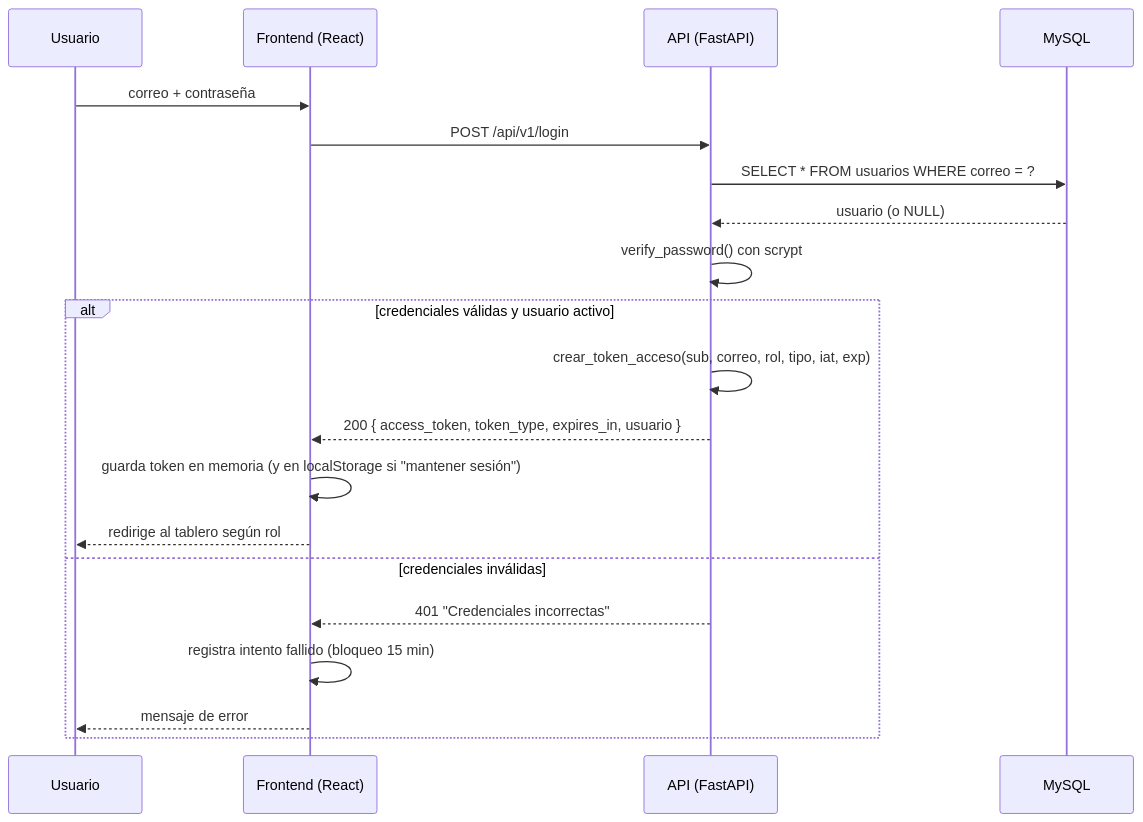
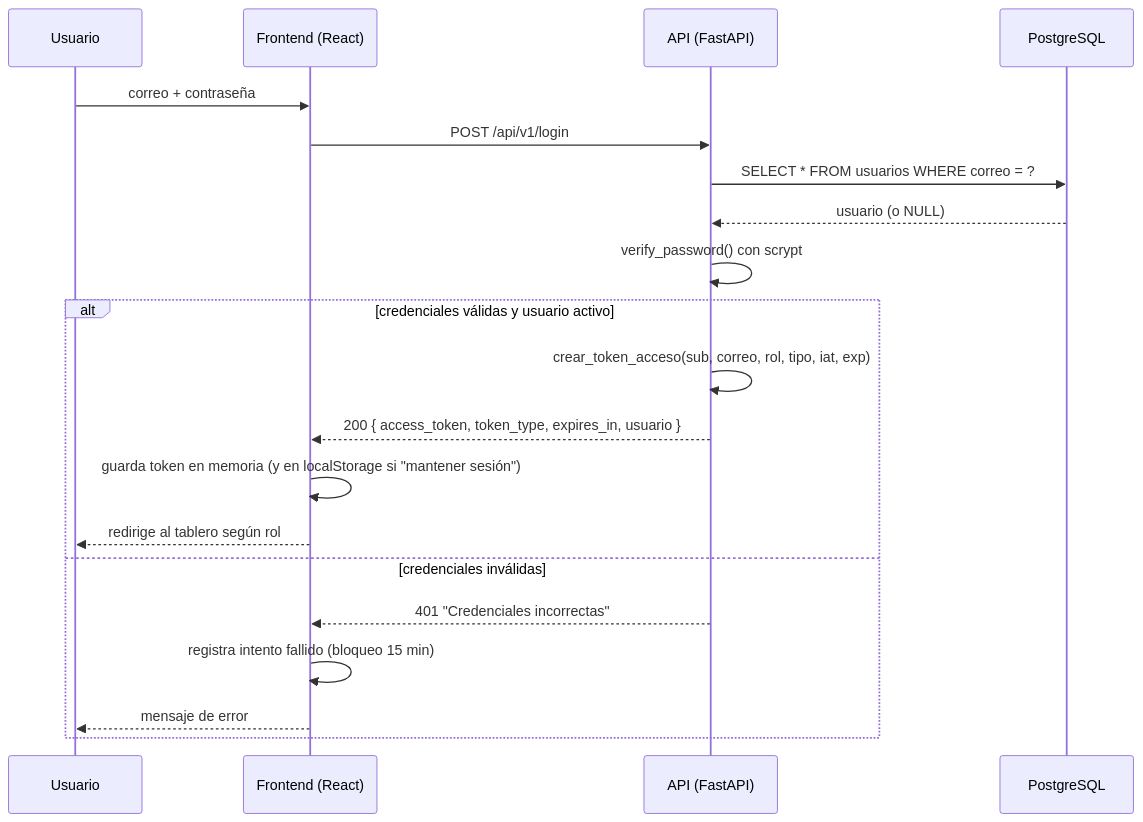
Before and after one commit to rocketquee/Tallermecanicoco: the second of 2 diagrams in documentacion-tecnica/reporte-practica.md, drawn with Mermaid. The commit also changed other lines of this file and 16 other files, not shown here.

````diff
--- a/documentacion-tecnica/reporte-practica.md
+++ b/documentacion-tecnica/reporte-practica.md
@@ -1207,23 +1224,23 @@
 ```mermaid
 sequenceDiagram
     participant U as Usuario
     participant F as Frontend (React)
     participant A as API (FastAPI)
-    participant D as MySQL
+    participant D as PostgreSQL
 
     U->>F: correo + contraseña
     F->>A: POST /api/v1/login
     A->>D: SELECT * FROM usuarios WHERE correo = ?
     D-->>A: usuario (o NULL)
     A->>A: verify_password() con scrypt
     alt credenciales válidas y usuario activo
         A->>A: crear_token_acceso(sub, correo, rol, tipo, iat, exp)
         A-->>F: 200 { access_token, token_type, expires_in, usuario }
         F->>F: guarda token en memoria (y en localStorage si "mantener sesión")
         F-->>U: redirige al tablero según rol
     else credenciales inválidas
         A-->>F: 401 "Credenciales incorrectas"
         F->>F: registra intento fallido (bloqueo 15 min)
         F-->>U: mensaje de error
     end
 ```
````
